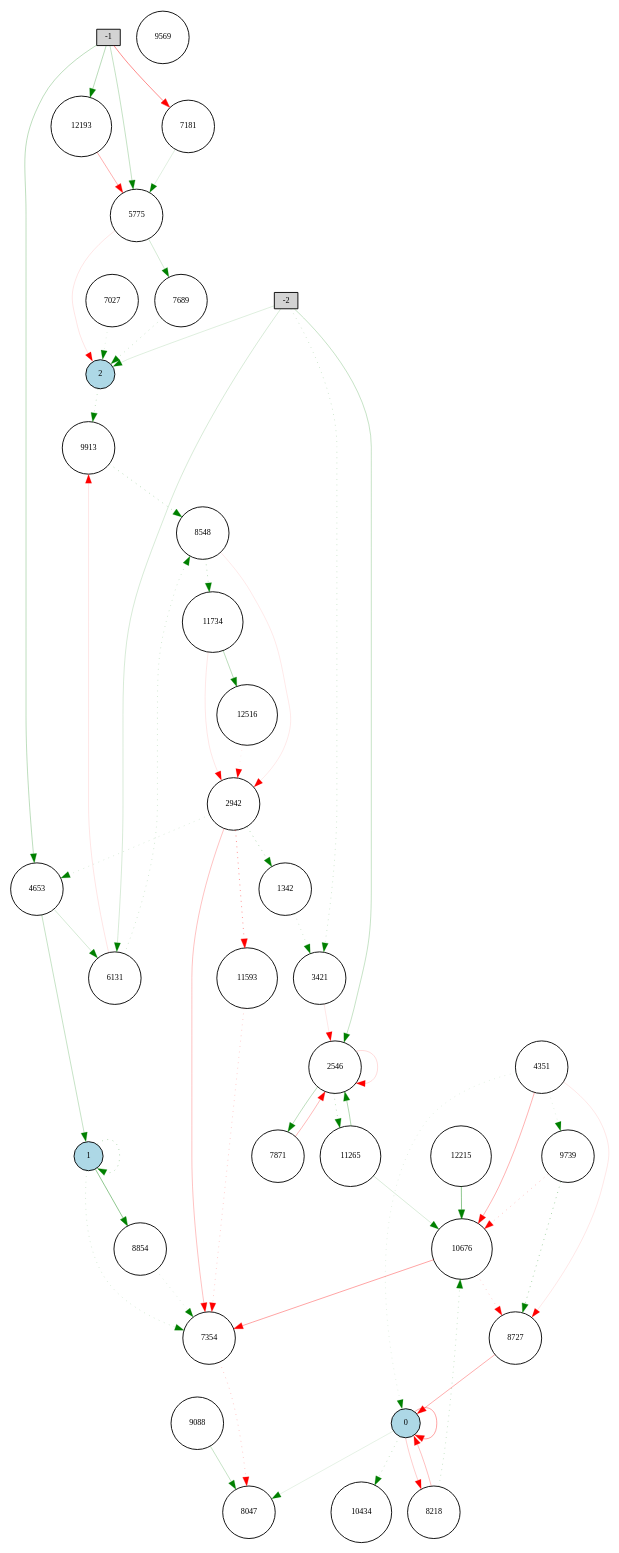
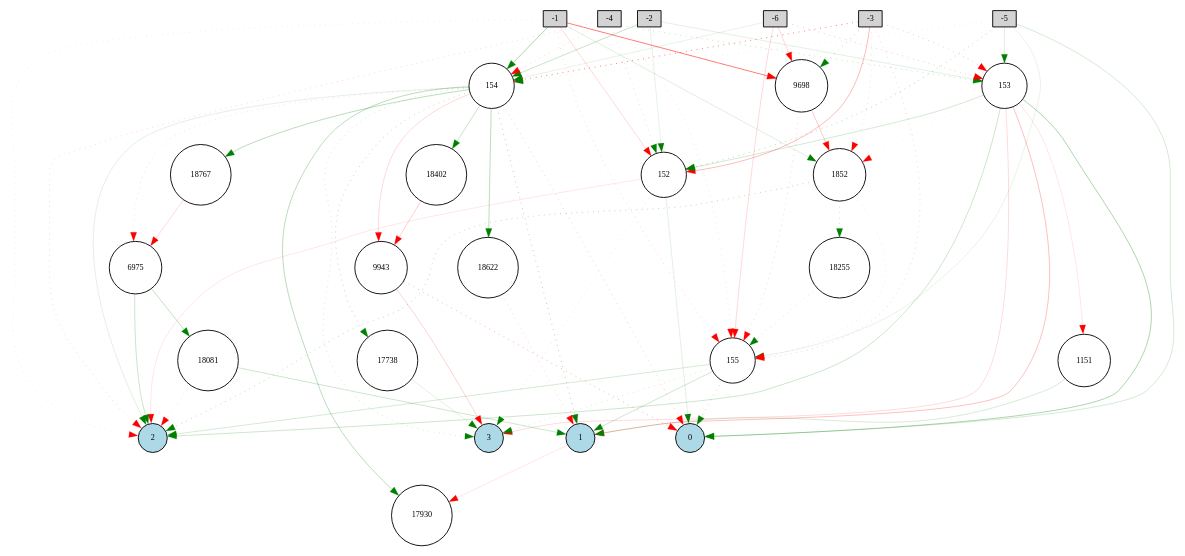
One commit to Aayush499/Neat-Foraging changed the diagram in Digraph.gv. Above: the diagram before and after it, drawn with Graphviz. The commit also changed 66 other files, not shown here.

```diff
--- a/Digraph.gv
+++ b/Digraph.gv
@@ -1,98 +1,101 @@
 digraph {
 	node [fontsize=9 height=0.2 shape=circle width=0.2]
 	-1 [fillcolor=lightgray shape=box style=filled]
 	-2 [fillcolor=lightgray shape=box style=filled]
+	-3 [fillcolor=lightgray shape=box style=filled]
+	-4 [fillcolor=lightgray shape=box style=filled]
+	-5 [fillcolor=lightgray shape=box style=filled]
+	-6 [fillcolor=lightgray shape=box style=filled]
 	0 [fillcolor=lightblue style=filled]
 	1 [fillcolor=lightblue style=filled]
 	2 [fillcolor=lightblue style=filled]
-	9088 [fillcolor=white style=filled]
-	11265 [fillcolor=white style=filled]
-	7689 [fillcolor=white style=filled]
-	9739 [fillcolor=white style=filled]
-	7181 [fillcolor=white style=filled]
-	5775 [fillcolor=white style=filled]
-	8854 [fillcolor=white style=filled]
-	8727 [fillcolor=white style=filled]
-	8218 [fillcolor=white style=filled]
-	12193 [fillcolor=white style=filled]
-	4653 [fillcolor=white style=filled]
-	10676 [fillcolor=white style=filled]
-	12215 [fillcolor=white style=filled]
-	9913 [fillcolor=white style=filled]
-	7354 [fillcolor=white style=filled]
-	1342 [fillcolor=white style=filled]
-	7871 [fillcolor=white style=filled]
-	10434 [fillcolor=white style=filled]
-	11593 [fillcolor=white style=filled]
-	11734 [fillcolor=white style=filled]
-	3421 [fillcolor=white style=filled]
-	9569 [fillcolor=white style=filled]
-	8548 [fillcolor=white style=filled]
-	12516 [fillcolor=white style=filled]
-	8047 [fillcolor=white style=filled]
-	2546 [fillcolor=white style=filled]
-	6131 [fillcolor=white style=filled]
-	7027 [fillcolor=white style=filled]
-	2942 [fillcolor=white style=filled]
-	4351 [fillcolor=white style=filled]
-	0 -> 0 [color=red penwidth=0.3973448801985413 style=solid]
-	1 -> 1 [color=green penwidth=0.3402972360429062 style=dotted]
-	-2 -> 2546 [color=green penwidth=0.249166148790419 style=solid]
-	-2 -> 3421 [color=green penwidth=0.219787595434227 style=dotted]
-	2546 -> 2546 [color=red penwidth=0.15935100483867343 style=solid]
-	2942 -> 1342 [color=green penwidth=0.35621365398152927 style=dotted]
-	4351 -> 0 [color=green penwidth=0.1426134533035341 style=dotted]
-	2942 -> 4653 [color=green penwidth=0.17691381959891742 style=dotted]
-	4653 -> 1 [color=green penwidth=0.24522535750612015 style=solid]
-	-2 -> 2 [color=green penwidth=0.1485450531365002 style=solid]
-	5775 -> 2 [color=red penwidth=0.11785643170216611 style=solid]
-	1342 -> 3421 [color=green penwidth=0.2025737249655818 style=dotted]
-	7027 -> 2 [color=green penwidth=0.14993106565103803 style=dotted]
-	7181 -> 5775 [color=green penwidth=0.136851287529629 style=solid]
-	4653 -> 6131 [color=green penwidth=0.19321105940900174 style=solid]
-	1 -> 7354 [color=green penwidth=0.1907868893836428 style=dotted]
-	5775 -> 7689 [color=green penwidth=0.1888477834542457 style=solid]
-	7689 -> 2 [color=green penwidth=0.24697622020509288 style=dotted]
-	2546 -> 7871 [color=green penwidth=0.28997447544717253 style=solid]
-	7871 -> 2546 [color=red penwidth=0.3144899530198034 style=solid]
-	0 -> 8047 [color=green penwidth=0.11603168456021976 style=solid]
-	0 -> 8218 [color=red penwidth=0.22454776598780934 style=solid]
-	8218 -> 0 [color=red penwidth=0.2839561644094748 style=solid]
-	6131 -> 8548 [color=green penwidth=0.21250222794723775 style=dotted]
-	4351 -> 8727 [color=red penwidth=0.11184541769221382 style=solid]
-	8727 -> 0 [color=red penwidth=0.36205066697258204 style=solid]
-	-2 -> 6131 [color=green penwidth=0.17966146319351892 style=solid]
-	1 -> 8854 [color=green penwidth=0.4893221133408543 style=solid]
-	8854 -> 7354 [color=green penwidth=0.15573951113796358 style=dotted]
-	9088 -> 8047 [color=green penwidth=0.24675468639585088 style=solid]
-	-1 -> 4653 [color=green penwidth=0.2930003188843008 style=solid]
-	-1 -> 5775 [color=green penwidth=0.2555519510656672 style=solid]
-	-1 -> 7181 [color=red penwidth=0.49982828685270686 style=solid]
-	4351 -> 9739 [color=green penwidth=0.1354973143189077 style=dotted]
-	9739 -> 8727 [color=green penwidth=0.4019361921479824 style=dotted]
-	6131 -> 9913 [color=red penwidth=0.11942470710784883 style=solid]
-	9913 -> 8548 [color=green penwidth=0.32076773139047937 style=dotted]
-	0 -> 10434 [color=green penwidth=0.27418644741216736 style=dotted]
-	4351 -> 10676 [color=red penwidth=0.34129340797269997 style=solid]
-	10676 -> 8727 [color=red penwidth=0.23478877144425325 style=dotted]
-	2942 -> 7354 [color=red penwidth=0.267960626766963 style=solid]
-	2 -> 9913 [color=green penwidth=0.27836660594493084 style=dotted]
-	8218 -> 10676 [color=green penwidth=0.24783084824593637 style=dotted]
-	2546 -> 11265 [color=green penwidth=0.3015281644454968 style=dotted]
-	11265 -> 2546 [color=green penwidth=0.3374321995580395 style=solid]
-	11265 -> 10676 [color=green penwidth=0.1686914992289013 style=solid]
-	2942 -> 11593 [color=red penwidth=0.49529041283131403 style=dotted]
-	11593 -> 7354 [color=red penwidth=0.22521335210134008 style=dotted]
-	8548 -> 2942 [color=red penwidth=0.10395415148688365 style=solid]
-	8548 -> 11734 [color=green penwidth=0.3134305569619441 style=dotted]
-	11734 -> 2942 [color=red penwidth=0.11171300802847624 style=solid]
-	7354 -> 8047 [color=red penwidth=0.2466146386747994 style=dotted]
-	10676 -> 7354 [color=red penwidth=0.3952816326426284 style=solid]
-	-1 -> 12193 [color=green penwidth=0.30701354159155037 style=solid]
-	12193 -> 5775 [color=red penwidth=0.3477338634726871 style=solid]
-	3421 -> 2546 [color=red penwidth=0.11326020249088986 style=solid]
-	12215 -> 10676 [color=green penwidth=0.4851523715913493 style=solid]
-	11734 -> 12516 [color=green penwidth=0.30000000000000004 style=solid]
-	12516 -> 2942 [color=red penwidth=0.10195978580351316 style=dotted]
-	9739 -> 10676 [color=red penwidth=0.28520870559266553 style=dotted]
+	3 [fillcolor=lightblue style=filled]
+	17930 [fillcolor=white style=filled]
+	152 [fillcolor=white style=filled]
+	153 [fillcolor=white style=filled]
+	154 [fillcolor=white style=filled]
+	155 [fillcolor=white style=filled]
+	18081 [fillcolor=white style=filled]
+	1852 [fillcolor=white style=filled]
+	18622 [fillcolor=white style=filled]
+	6975 [fillcolor=white style=filled]
+	17738 [fillcolor=white style=filled]
+	18255 [fillcolor=white style=filled]
+	18767 [fillcolor=white style=filled]
+	9943 [fillcolor=white style=filled]
+	9698 [fillcolor=white style=filled]
+	18402 [fillcolor=white style=filled]
+	1151 [fillcolor=white style=filled]
+	-1 -> 152 [color=red penwidth=0.1715261399982582 style=solid]
+	-1 -> 154 [color=green penwidth=0.37584320361838164 style=solid]
+	-1 -> 155 [color=red penwidth=0.18876778636202624 style=dotted]
+	-2 -> 152 [color=green penwidth=0.12063926315307552 style=solid]
+	-2 -> 153 [color=green penwidth=0.12533685122717272 style=solid]
+	-2 -> 154 [color=green penwidth=0.24959604478645495 style=solid]
+	-3 -> 152 [color=red penwidth=0.29625272808775704 style=solid]
+	-3 -> 153 [color=red penwidth=0.279270942783477 style=dotted]
+	-3 -> 154 [color=red penwidth=0.6 style=dotted]
+	-3 -> 155 [color=red penwidth=0.22521018836550286 style=dotted]
+	-4 -> 152 [color=green penwidth=0.18690614799301247 style=dotted]
+	-4 -> 153 [color=green penwidth=0.28183747156208167 style=dotted]
+	-4 -> 154 [color=red penwidth=0.2121593272241547 style=dotted]
+	-4 -> 155 [color=red penwidth=0.150300520991048 style=dotted]
+	-5 -> 152 [color=green penwidth=0.3532275422758955 style=dotted]
+	-5 -> 153 [color=green penwidth=0.14467083162530373 style=solid]
+	-5 -> 154 [color=green penwidth=0.10787311645351792 style=dotted]
+	-5 -> 155 [color=green penwidth=0.10842797437408139 style=solid]
+	-6 -> 153 [color=red penwidth=0.27091226461269236 style=dotted]
+	-6 -> 154 [color=green penwidth=0.11112969179963078 style=solid]
+	-6 -> 155 [color=red penwidth=0.17185479841183132 style=solid]
+	152 -> 0 [color=green penwidth=0.13078524253571275 style=solid]
+	152 -> 2 [color=red penwidth=0.12173319510209409 style=solid]
+	152 -> 3 [color=green penwidth=0.13789287969948627 style=dotted]
+	153 -> 0 [color=green penwidth=0.3638222166247279 style=solid]
+	153 -> 1 [color=red penwidth=0.27862614732285884 style=solid]
+	153 -> 2 [color=green penwidth=0.22343933294884 style=solid]
+	153 -> 3 [color=red penwidth=0.16162876189198733 style=solid]
+	154 -> 0 [color=red penwidth=0.2461907649114275 style=dotted]
+	154 -> 1 [color=green penwidth=0.3779014018876006 style=dotted]
+	154 -> 2 [color=green penwidth=0.12973404712948775 style=solid]
+	154 -> 3 [color=green penwidth=0.1985485796910087 style=dotted]
+	155 -> 0 [color=green penwidth=0.3174800885645809 style=dotted]
+	155 -> 1 [color=green penwidth=0.21632767783076645 style=solid]
+	155 -> 2 [color=green penwidth=0.19236871438939257 style=solid]
+	155 -> 3 [color=green penwidth=0.18630588992195024 style=dotted]
+	153 -> 1151 [color=red penwidth=0.11729876206189657 style=solid]
+	1151 -> 1 [color=green penwidth=0.17564516648285744 style=solid]
+	153 -> 1852 [color=red penwidth=0.10048071511200884 style=dotted]
+	1852 -> 2 [color=green penwidth=0.34129858730216833 style=dotted]
+	-5 -> 0 [color=green penwidth=0.19081360556753796 style=solid]
+	-4 -> 2 [color=red penwidth=0.21466651340566867 style=dotted]
+	154 -> 6975 [color=red penwidth=0.1673281307173189 style=dotted]
+	6975 -> 2 [color=green penwidth=0.2313404939410258 style=solid]
+	-3 -> 1852 [color=red penwidth=0.18191528420960196 style=dotted]
+	1852 -> 155 [color=red penwidth=0.13970417944795324 style=dotted]
+	-1 -> 2 [color=red penwidth=0.1154674032731343 style=dotted]
+	-3 -> 9698 [color=green penwidth=0.3567269902444026 style=dotted]
+	9698 -> 1852 [color=red penwidth=0.23806069034918706 style=solid]
+	-1 -> 1852 [color=green penwidth=0.15496824457884667 style=solid]
+	154 -> 9943 [color=red penwidth=0.17404201361395577 style=solid]
+	9943 -> 3 [color=red penwidth=0.20371510820898575 style=solid]
+	-1 -> 9698 [color=red penwidth=0.5708262522482459 style=solid]
+	9943 -> 0 [color=red penwidth=0.39336737244886266 style=dotted]
+	154 -> 17738 [color=green penwidth=0.32318895942670134 style=dotted]
+	17738 -> 3 [color=green penwidth=0.13480561371172115 style=solid]
+	153 -> 152 [color=green penwidth=0.19637362284709567 style=solid]
+	154 -> 17930 [color=green penwidth=0.30390274942840656 style=solid]
+	9698 -> 155 [color=red penwidth=0.22485429679467045 style=dotted]
+	6975 -> 18081 [color=green penwidth=0.27912130094620885 style=solid]
+	18081 -> 2 [color=red penwidth=0.16771623376760114 style=dotted]
+	1852 -> 18255 [color=green penwidth=0.2496762915942555 style=dotted]
+	18255 -> 155 [color=green penwidth=0.20371253104250048 style=dotted]
+	154 -> 18402 [color=green penwidth=0.2419922276575148 style=solid]
+	18402 -> 9943 [color=red penwidth=0.19603173031769028 style=solid]
+	18081 -> 1 [color=green penwidth=0.221420039168005 style=solid]
+	154 -> 18622 [color=green penwidth=0.30000000000000004 style=solid]
+	18622 -> 1 [color=red penwidth=0.2085259020378743 style=dotted]
+	-6 -> 9698 [color=red penwidth=0.17302808282702037 style=solid]
+	154 -> 18767 [color=green penwidth=0.30000000000000004 style=solid]
+	18767 -> 6975 [color=red penwidth=0.16615173513267165 style=solid]
+	1 -> 17930 [color=red penwidth=0.12099278340719415 style=solid]
 }
```
